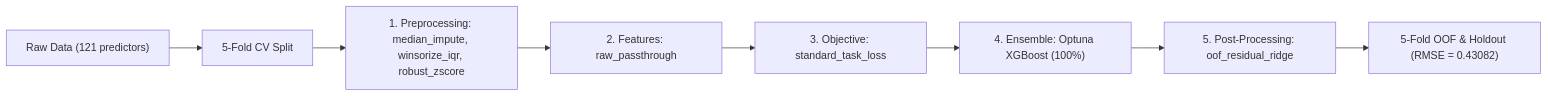
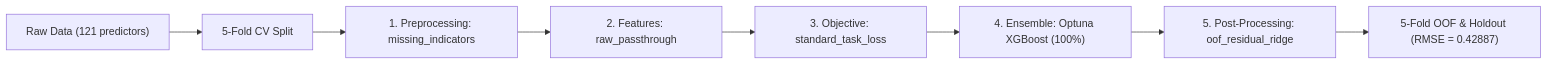
Before and after one commit to stefanoclss/UM-Game-Playing-Strength-of-MCTS-Variants: the diagram in README.md, drawn with Mermaid. The commit also changed other lines of this file, not shown here.

First line of the commit message:
docs(readme): refresh verified OOF benchmark & build ledger (RMSE=0.42887)

````diff
--- a/README.md
+++ b/README.md
@@ -75,10 +77,10 @@
 ```mermaid
 flowchart LR
     DATA["Raw Data (121 predictors)"] --> SPLIT["5-Fold CV Split"]
-    SPLIT --> PRE["1. Preprocessing: median_impute, winsorize_iqr, robust_zscore"]
+    SPLIT --> PRE["1. Preprocessing: missing_indicators"]
     PRE --> FEAT["2. Features: raw_passthrough"]
     FEAT --> OBJ["3. Objective: standard_task_loss"]
     OBJ --> M0["4. Ensemble: Optuna XGBoost (100%)"]
     M0 --> POST["5. Post-Processing: oof_residual_ridge"]
-    POST --> OUT["5-Fold OOF & Holdout (RMSE = 0.43082)"]
+    POST --> OUT["5-Fold OOF & Holdout (RMSE = 0.42887)"]
 ```
````
